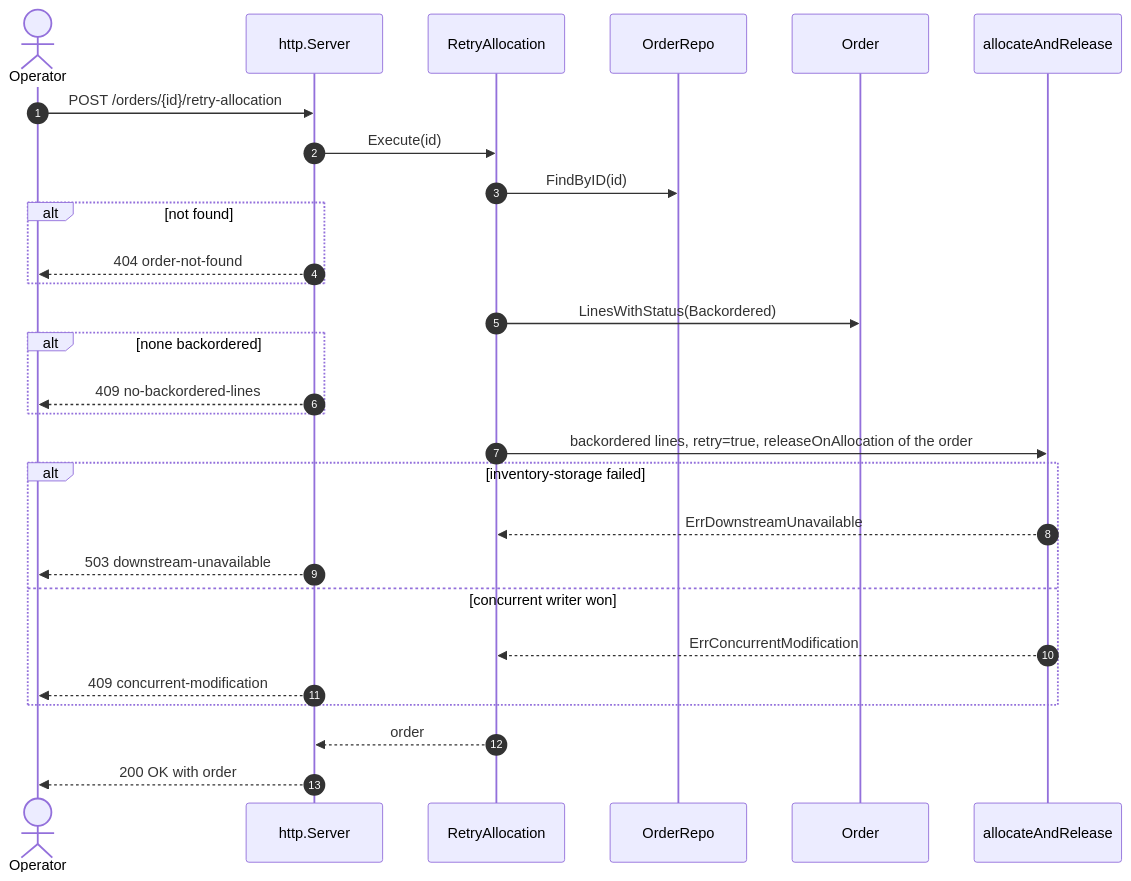
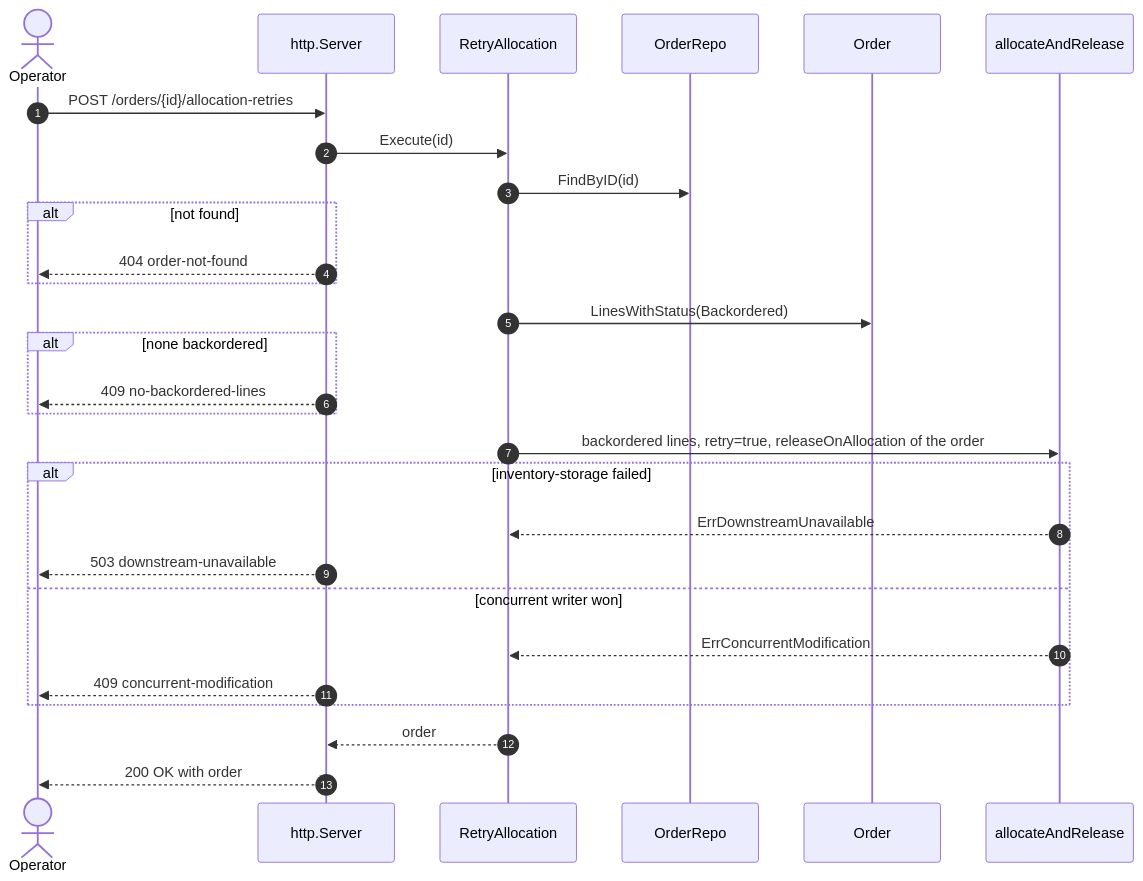
The third of 11 diagrams in docs/contexts/order-management/sequence-diagrams.md (IQVO/warehouse-docs), drawn with Mermaid before and after one commit. The commit also changed other lines of this file and 272 other files, not shown here.

````diff
--- a/docs/contexts/order-management/sequence-diagrams.md
+++ b/docs/contexts/order-management/sequence-diagrams.md
@@ -189,31 +189,31 @@
 ```mermaid
 sequenceDiagram
   autonumber
   actor Operator
   participant H as http.Server
   participant UC as RetryAllocation
   participant R as OrderRepo
   participant O as Order
   participant AP as allocateAndRelease
 
-  Operator->>H: POST /orders/{id}/retry-allocation
+  Operator->>H: POST /orders/{id}/allocation-retries
   H->>UC: Execute(id)
   UC->>R: FindByID(id)
   alt not found
     H-->>Operator: 404 order-not-found
   end
   UC->>O: LinesWithStatus(Backordered)
   alt none backordered
     H-->>Operator: 409 no-backordered-lines
   end
   UC->>AP: backordered lines, retry=true, releaseOnAllocation of the order
   alt inventory-storage failed
     AP-->>UC: ErrDownstreamUnavailable
     H-->>Operator: 503 downstream-unavailable
   else concurrent writer won
     AP-->>UC: ErrConcurrentModification
     H-->>Operator: 409 concurrent-modification
   end
   UC-->>H: order
   H-->>Operator: 200 OK with order
 ```
````
